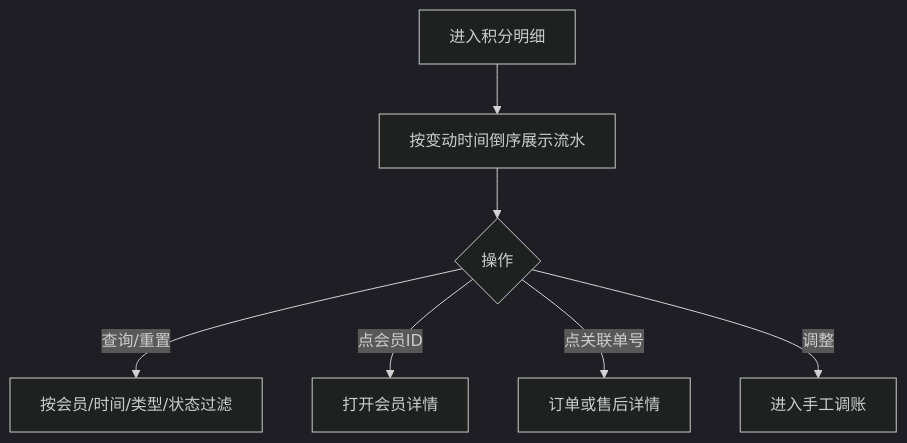
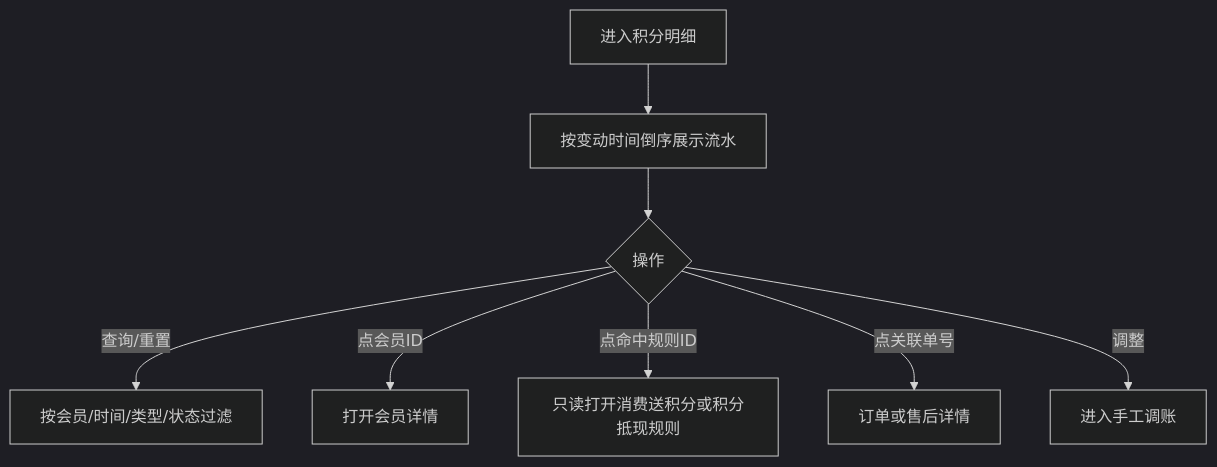
One commit to 342-droid/LFerp changed the seventh of 15 diagrams in prototype-prd/670-积分整体需求：积分规则、积分获取、积分抵现、积分明细、积分商城.md. Above: the diagram before and after it, drawn with Mermaid (dark theme). The commit also changed other lines of this file and 40 other files, not shown here.

````diff
--- a/prototype-prd/670-积分整体需求：积分规则、积分获取、积分抵现、积分明细、积分商城.md
+++ b/prototype-prd/670-积分整体需求：积分规则、积分获取、积分抵现、积分明细、积分商城.md
@@ -442,9 +463,10 @@
 ```mermaid
 flowchart TD
   A[进入积分明细] --> B[按变动时间倒序展示流水]
   B --> C{操作}
   C -->|查询/重置| D[按会员/时间/类型/状态过滤]
   C -->|点会员ID| E[打开会员详情]
+  C -->|点命中规则ID| R[只读打开消费送积分或积分抵现规则]
   C -->|点关联单号| F[订单或售后详情]
   C -->|调整| G[进入手工调账]
 ```
````
